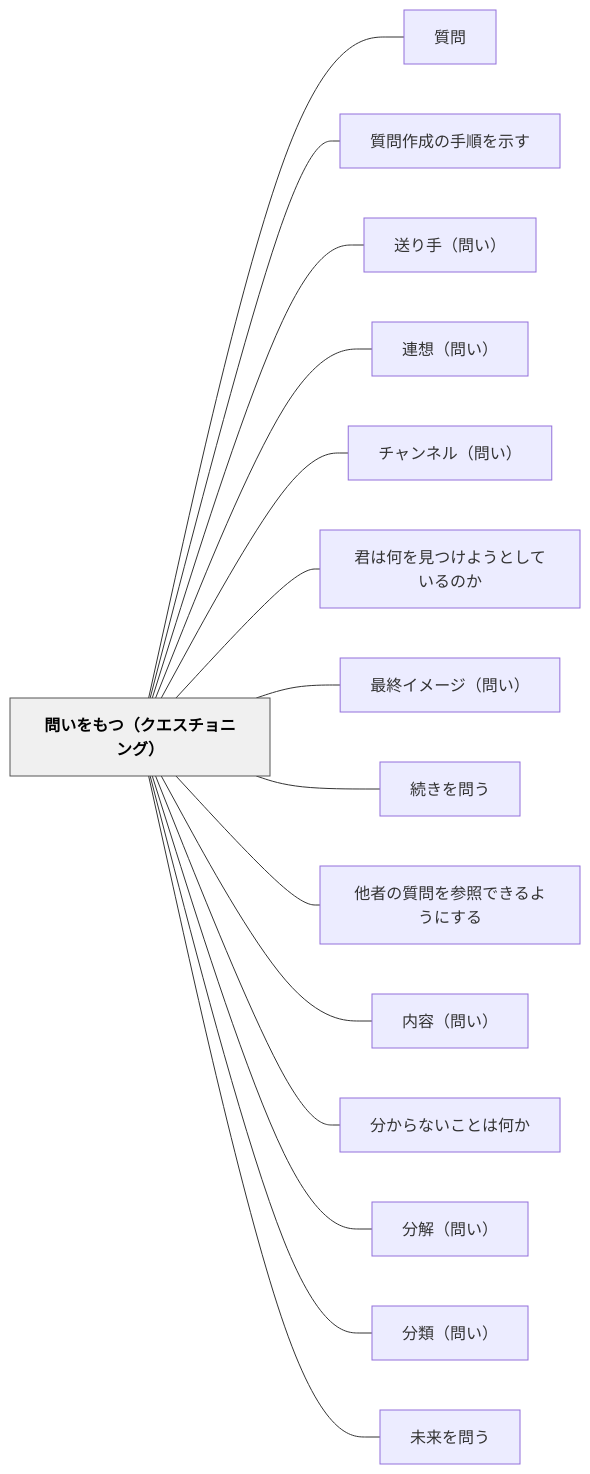
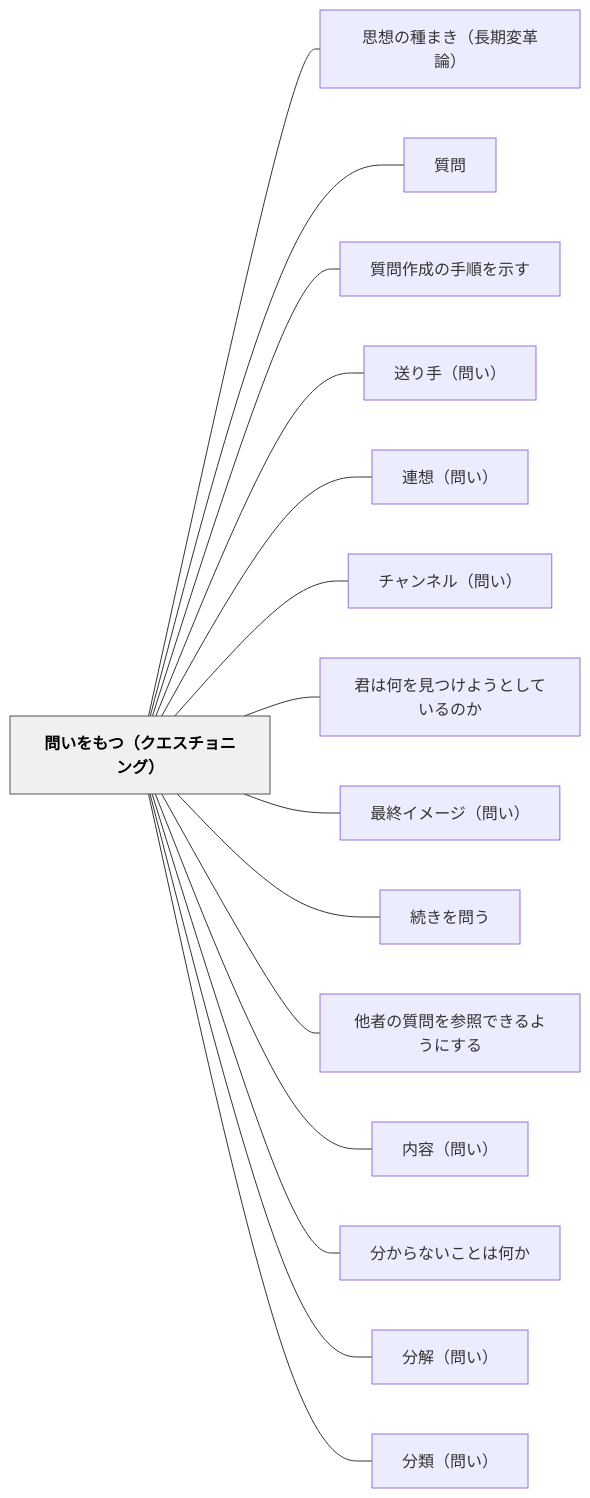
The diagram in content/パタン/問いをもつ（クエスチョニング）.md (unknownthings-ed-patterns/unknownthings-ed-patterns), drawn with Mermaid before and after one commit. The commit also changed other lines of this file and 185 other files, not shown here.

````diff
--- a/content/パタン/問いをもつ（クエスチョニング）.md
+++ b/content/パタン/問いをもつ（クエスチョニング）.md
@@ -163,36 +164,36 @@
 ```mermaid
 flowchart LR
     ne5958fe38184e38292e38282e381a4efbc88e382afe382a8e382b9e38381e383a7e3838be383b3e382b0efbc89["問いをもつ（クエスチョニング）"]
+    ne6809de683b3e381aee7a8aee381bee3818defbc88e995b7e69c9fe5a489e99da9e8ab96efbc89["思想の種まき（長期変革論）"]
     ne8b3aae5958f["質問"]
     ne8b3aae5958fe4bd9ce68890e381aee6898be9a086e38292e7a4bae38199["質問作成の手順を示す"]
     ne98081e3828ae6898befbc88e5958fe38184efbc89["送り手（問い）"]
     ne980a3e683b3efbc88e5958fe38184efbc89["連想（問い）"]
     ne38381e383a3e383b3e3838de383abefbc88e5958fe38184efbc89["チャンネル（問い）"]
     ne5909be381afe4bd95e38292e8a68be381a4e38191e38288e38186e381a8e38197e381a6e38184e3828be381aee3818b["君は何を見つけようとしているのか"]
     ne69c80e7b582e382a4e383a1e383bce382b8efbc88e5958fe38184efbc89["最終イメージ（問い）"]
     ne7b69ae3818de38292e5958fe38186["続きを問う"]
     ne4bb96e88085e381aee8b3aae5958fe38292e58f82e785a7e381a7e3818de3828be38288e38186e381abe38199e3828b["他者の質問を参照できるようにする"]
     ne58685e5aeb9efbc88e5958fe38184efbc89["内容（問い）"]
     ne58886e3818be38289e381aae38184e38193e381a8e381afe4bd95e3818b["分からないことは何か"]
     ne58886e8a7a3efbc88e5958fe38184efbc89["分解（問い）"]
     ne58886e9a19eefbc88e5958fe38184efbc89["分類（問い）"]
-    ne69caae69da5e38292e5958fe38186["未来を問う"]
 
+    ne5958fe38184e38292e38282e381a4efbc88e382afe382a8e382b9e38381e383a7e3838be383b3e382b0efbc89 --- ne6809de683b3e381aee7a8aee381bee3818defbc88e995b7e69c9fe5a489e99da9e8ab96efbc89
     ne5958fe38184e38292e38282e381a4efbc88e382afe382a8e382b9e38381e383a7e3838be383b3e382b0efbc89 --- ne8b3aae5958f
     ne5958fe38184e38292e38282e381a4efbc88e382afe382a8e382b9e38381e383a7e3838be383b3e382b0efbc89 --- ne8b3aae5958fe4bd9ce68890e381aee6898be9a086e38292e7a4bae38199
     ne5958fe38184e38292e38282e381a4efbc88e382afe382a8e382b9e38381e383a7e3838be383b3e382b0efbc89 --- ne98081e3828ae6898befbc88e5958fe38184efbc89
     ne5958fe38184e38292e38282e381a4efbc88e382afe382a8e382b9e38381e383a7e3838be383b3e382b0efbc89 --- ne980a3e683b3efbc88e5958fe38184efbc89
     ne5958fe38184e38292e38282e381a4efbc88e382afe382a8e382b9e38381e383a7e3838be383b3e382b0efbc89 --- ne38381e383a3e383b3e3838de383abefbc88e5958fe38184efbc89
     ne5958fe38184e38292e38282e381a4efbc88e382afe382a8e382b9e38381e383a7e3838be383b3e382b0efbc89 --- ne5909be381afe4bd95e38292e8a68be381a4e38191e38288e38186e381a8e38197e381a6e38184e3828be381aee3818b
     ne5958fe38184e38292e38282e381a4efbc88e382afe382a8e382b9e38381e383a7e3838be383b3e382b0efbc89 --- ne69c80e7b582e382a4e383a1e383bce382b8efbc88e5958fe38184efbc89
     ne5958fe38184e38292e38282e381a4efbc88e382afe382a8e382b9e38381e383a7e3838be383b3e382b0efbc89 --- ne7b69ae3818de38292e5958fe38186
     ne5958fe38184e38292e38282e381a4efbc88e382afe382a8e382b9e38381e383a7e3838be383b3e382b0efbc89 --- ne4bb96e88085e381aee8b3aae5958fe38292e58f82e785a7e381a7e3818de3828be38288e38186e381abe38199e3828b
     ne5958fe38184e38292e38282e381a4efbc88e382afe382a8e382b9e38381e383a7e3838be383b3e382b0efbc89 --- ne58685e5aeb9efbc88e5958fe38184efbc89
     ne5958fe38184e38292e38282e381a4efbc88e382afe382a8e382b9e38381e383a7e3838be383b3e382b0efbc89 --- ne58886e3818be38289e381aae38184e38193e381a8e381afe4bd95e3818b
     ne5958fe38184e38292e38282e381a4efbc88e382afe382a8e382b9e38381e383a7e3838be383b3e382b0efbc89 --- ne58886e8a7a3efbc88e5958fe38184efbc89
     ne5958fe38184e38292e38282e381a4efbc88e382afe382a8e382b9e38381e383a7e3838be383b3e382b0efbc89 --- ne58886e9a19eefbc88e5958fe38184efbc89
-    ne5958fe38184e38292e38282e381a4efbc88e382afe382a8e382b9e38381e383a7e3838be383b3e382b0efbc89 --- ne69caae69da5e38292e5958fe38186
 
     classDef hub fill:#f0f0f0,stroke:#555,color:#000,font-weight:bold
     class ne5958fe38184e38292e38282e381a4efbc88e382afe382a8e382b9e38381e383a7e3838be383b3e382b0efbc89 hub
 ```
````
